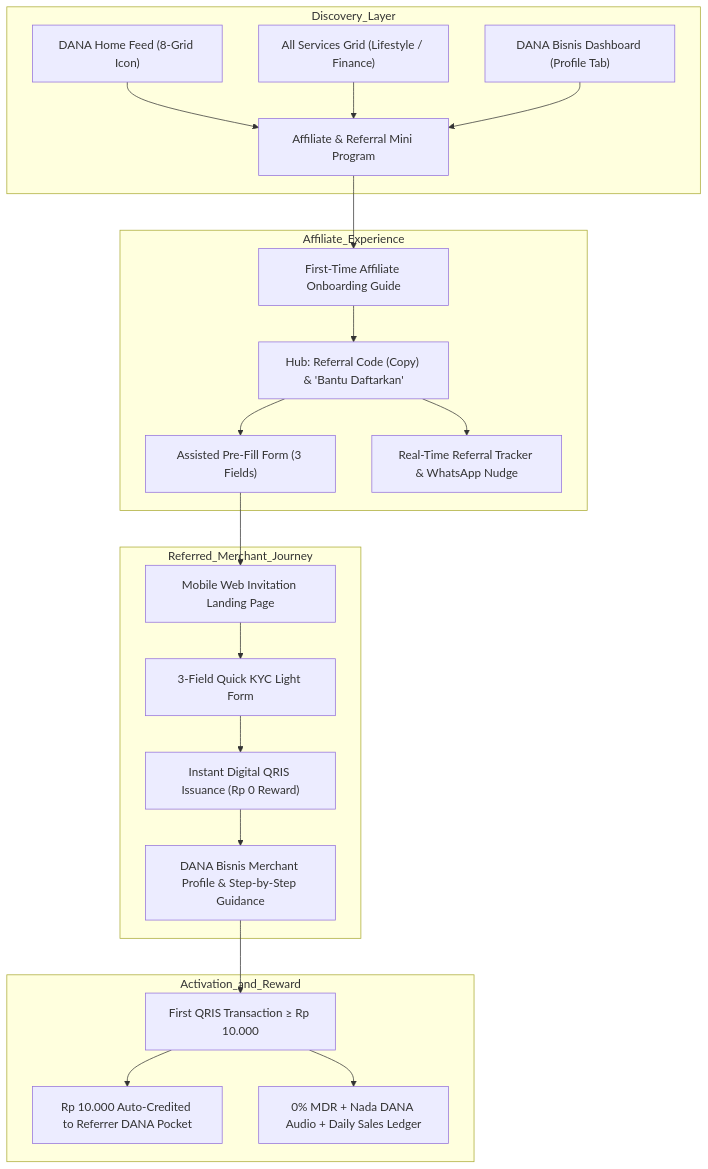
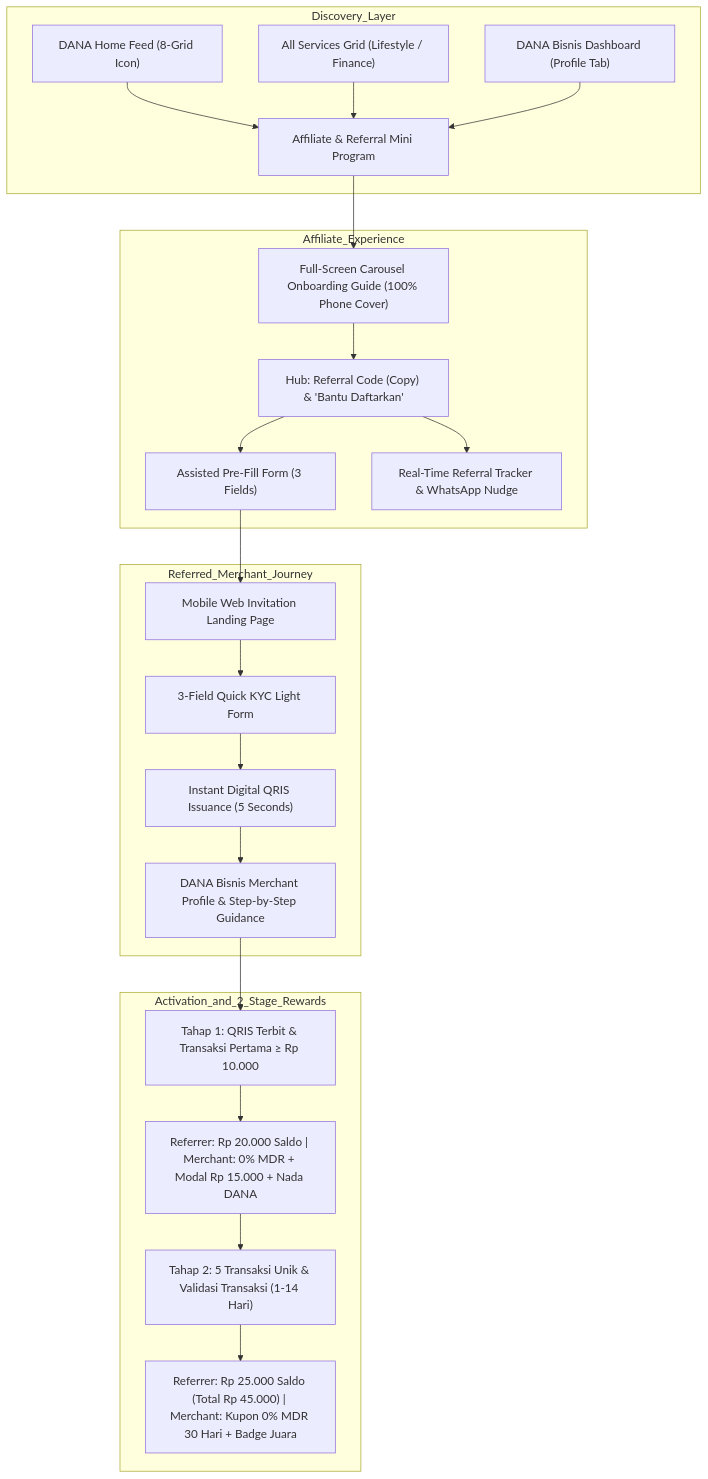
One commit to hafizhnjwn/dana-bisnis-referral changed the first of 2 diagrams in planning.md. Above: the diagram before and after it, drawn with Mermaid. The commit also changed other lines of this file and 6 other files, not shown here.

Commit message:
feat: 2-stage reward system, full-screen carousel guide, and B2B referrer perks

````diff
--- a/planning.md
+++ b/planning.md
@@ -85,28 +85,29 @@
 ```mermaid
 flowchart TD
     subgraph Discovery_Layer
         D1["DANA Home Feed (8-Grid Icon)"] --> MP["Affiliate & Referral Mini Program"]
         D2["All Services Grid (Lifestyle / Finance)"] --> MP
         D3["DANA Bisnis Dashboard (Profile Tab)"] --> MP
     end
 
     subgraph Affiliate_Experience
-        MP --> Guide["First-Time Affiliate Onboarding Guide"]
-        Guide --> Hub["Hub: Referral Code (Copy) & 'Bantu Daftarkan'"]
+        MP --> CarouselGuide["Full-Screen Carousel Onboarding Guide (100% Phone Cover)"]
+        CarouselGuide --> Hub["Hub: Referral Code (Copy) & 'Bantu Daftarkan'"]
         Hub --> Nominate["Assisted Pre-Fill Form (3 Fields)"]
         Hub --> Tracker["Real-Time Referral Tracker & WhatsApp Nudge"]
     end
 
     subgraph Referred_Merchant_Journey
         Nominate --> Landing["Mobile Web Invitation Landing Page"]
         Landing --> KYCLight["3-Field Quick KYC Light Form"]
-        KYCLight --> QRIS["Instant Digital QRIS Issuance (Rp 0 Reward)"]
+        KYCLight --> QRIS["Instant Digital QRIS Issuance (5 Seconds)"]
         QRIS --> BizProfile["DANA Bisnis Merchant Profile & Step-by-Step Guidance"]
     end
 
-    subgraph Activation_and_Reward
-        BizProfile --> Tx1["First QRIS Transaction ≥ Rp 10.000"]
-        Tx1 --> AutoCredit["Rp 10.000 Auto-Credited to Referrer DANA Pocket"]
-        Tx1 --> MerchantBenefit["0% MDR + Nada DANA Audio + Daily Sales Ledger"]
+    subgraph Activation_and_2_Stage_Rewards
+        BizProfile --> Stage1["Tahap 1: QRIS Terbit & Transaksi Pertama ≥ Rp 10.000"]
+        Stage1 --> Reward1["Referrer: Rp 20.000 Saldo | Merchant: 0% MDR + Modal Rp 15.000 + Nada DANA"]
+        Reward1 --> Stage2["Tahap 2: 5 Transaksi Unik & Validasi Transaksi (1-14 Hari)"]
+        Stage2 --> Reward2["Referrer: Rp 25.000 Saldo (Total Rp 45.000) | Merchant: Kupon 0% MDR 30 Hari + Badge Juara"]
     end
 ```
````
